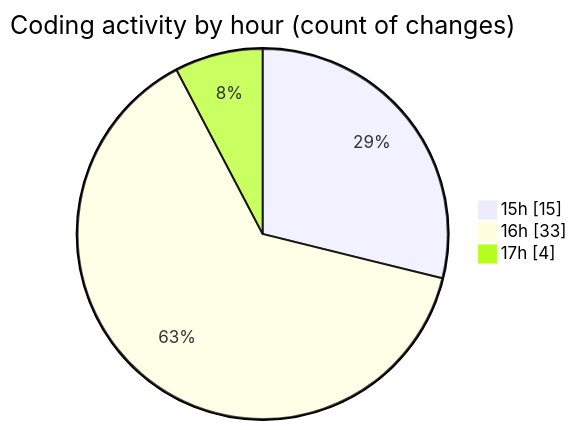
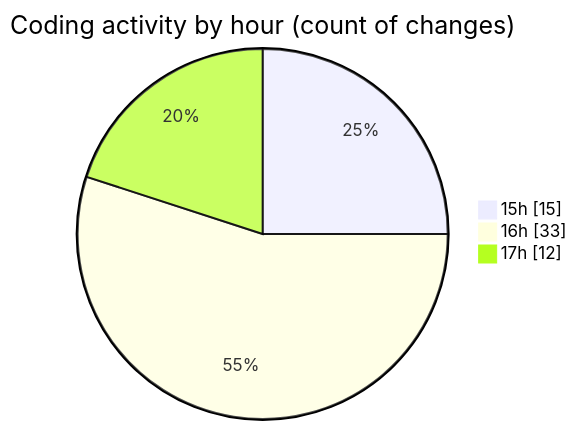
Before and after one commit to donsfak/code-tracking: the second of 2 diagrams in 2025-02-25/trackers_app/README.md, drawn with Mermaid. The commit also changed other lines of this file and 1 other file, not shown here.

````diff
--- a/2025-02-25/trackers_app/README.md
+++ b/2025-02-25/trackers_app/README.md
@@ -34,7 +34,7 @@
 ```mermaid
 pie showData
 title Coding activity by hour (count of changes)
 "15h" : 15
 "16h" : 33
-"17h" : 4
+"17h" : 12
 ```
````
